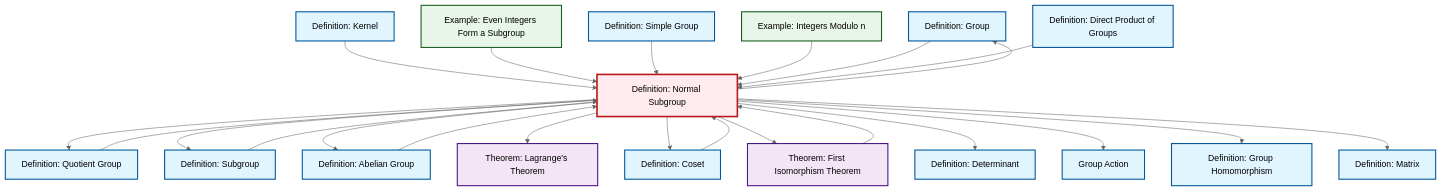
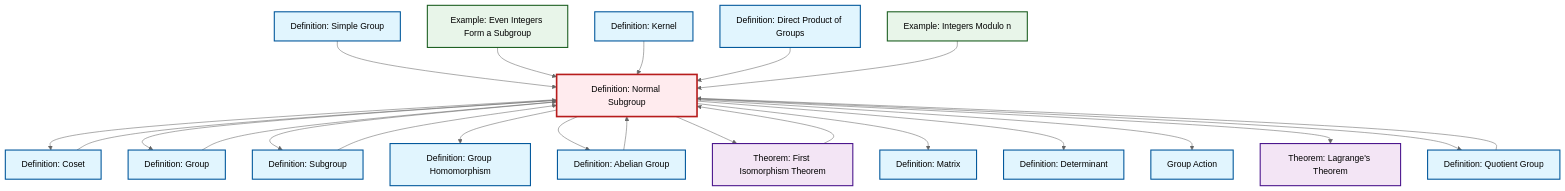
One commit to RK0429/ModernMath changed the diagram in content/en/algebra/def-normal-subgroup.qmd. Above: the diagram before and after it, drawn with Mermaid (neutral theme). The commit also changed other lines of this file and 581 other files, not shown here.

````diff
--- a/content/en/algebra/def-normal-subgroup.qmd
+++ b/content/en/algebra/def-normal-subgroup.qmd
@@ -95,65 +95,65 @@
 ```{mermaid}
 %%| fig-cap: "Local dependency graph"
 graph TD
     classDef definition fill:#e1f5fe,stroke:#01579b,stroke-width:2px
     classDef theorem fill:#f3e5f5,stroke:#4a148c,stroke-width:2px
     classDef axiom fill:#fff3e0,stroke:#e65100,stroke-width:2px
     classDef example fill:#e8f5e9,stroke:#1b5e20,stroke-width:2px
     classDef current fill:#ffebee,stroke:#b71c1c,stroke-width:3px
-    def-homomorphism["Definition: Group Homomorphism"]:::definition
-    def-group["Definition: Group"]:::definition
-    ex-quotient-integers-mod-n["Example: Integers Modulo n"]:::example
-    def-coset["Definition: Coset"]:::definition
-    thm-first-isomorphism["Theorem: First Isomorphism Theorem"]:::theorem
-    thm-lagrange["Theorem: Lagrange's Theorem"]:::theorem
-    def-quotient-group["Definition: Quotient Group"]:::definition
-    def-subgroup["Definition: Subgroup"]:::definition
     def-simple-group["Definition: Simple Group"]:::definition
     def-matrix["Definition: Matrix"]:::definition
+    def-subgroup["Definition: Subgroup"]:::definition
+    ex-quotient-integers-mod-n["Example: Integers Modulo n"]:::example
     def-determinant["Definition: Determinant"]:::definition
+    def-group-action["Group Action"]:::definition
+    def-quotient-group["Definition: Quotient Group"]:::definition
+    thm-lagrange["Theorem: Lagrange's Theorem"]:::theorem
+    def-abelian-group["Definition: Abelian Group"]:::definition
+    def-coset["Definition: Coset"]:::definition
+    def-kernel["Definition: Kernel"]:::definition
+    def-group["Definition: Group"]:::definition
+    thm-first-isomorphism["Theorem: First Isomorphism Theorem"]:::theorem
+    def-homomorphism["Definition: Group Homomorphism"]:::definition
+    ex-even-integers-subgroup["Example: Even Integers Form a Subgroup"]:::example
+    def-normal-subgroup["Definition: Normal Subgroup"]:::definition
     def-direct-product["Definition: Direct Product of Groups"]:::definition
-    ex-even-integers-subgroup["Example: Even Integers Form a Subgroup"]:::example
-    def-abelian-group["Definition: Abelian Group"]:::definition
-    def-kernel["Definition: Kernel"]:::definition
-    def-group-action["Group Action"]:::definition
-    def-normal-subgroup["Definition: Normal Subgroup"]:::definition
-    def-abelian-group --> def-normal-subgroup
+    def-normal-subgroup --> def-coset
+    def-normal-subgroup --> def-group
+    def-normal-subgroup --> def-subgroup
+    def-simple-group --> def-normal-subgroup
+    def-normal-subgroup --> def-homomorphism
+    ex-even-integers-subgroup --> def-normal-subgroup
+    def-kernel --> def-normal-subgroup
+    def-quotient-group --> def-normal-subgroup
+    def-subgroup --> def-normal-subgroup
+    def-normal-subgroup --> def-abelian-group
+    def-coset --> def-normal-subgroup
+    def-normal-subgroup --> thm-first-isomorphism
+    def-direct-product --> def-normal-subgroup
     thm-first-isomorphism --> def-normal-subgroup
-    def-kernel --> def-normal-subgroup
-    ex-even-integers-subgroup --> def-normal-subgroup
-    def-quotient-group --> def-normal-subgroup
-    def-normal-subgroup --> def-group
-    def-subgroup --> def-normal-subgroup
-    def-normal-subgroup --> def-quotient-group
-    def-normal-subgroup --> def-subgroup
-    def-normal-subgroup --> def-abelian-group
-    def-normal-subgroup --> thm-lagrange
-    def-simple-group --> def-normal-subgroup
-    ex-quotient-integers-mod-n --> def-normal-subgroup
     def-group --> def-normal-subgroup
-    def-coset --> def-normal-subgroup
-    def-normal-subgroup --> def-coset
-    def-direct-product --> def-normal-subgroup
-    def-normal-subgroup --> thm-first-isomorphism
+    def-normal-subgroup --> def-matrix
     def-normal-subgroup --> def-determinant
     def-normal-subgroup --> def-group-action
-    def-normal-subgroup --> def-homomorphism
-    def-normal-subgroup --> def-matrix
+    def-normal-subgroup --> thm-lagrange
+    def-abelian-group --> def-normal-subgroup
+    ex-quotient-integers-mod-n --> def-normal-subgroup
+    def-normal-subgroup --> def-quotient-group
     class def-normal-subgroup current
-    click def-homomorphism "def-homomorphism.html" "Go to Group Homomorphism definition"
-    click def-group "def-group.html" "Go to Group definition"
-    click ex-quotient-integers-mod-n "ex-quotient-integers-mod-n.html" "Go to Integers Modulo n example"
-    click def-coset "def-coset.html" "Go to Coset definition"
-    click thm-first-isomorphism "thm-first-isomorphism.html" "Go to First Isomorphism Theorem theorem"
-    click thm-lagrange "thm-lagrange.html" "Go to Lagrange's Theorem theorem"
-    click def-quotient-group "def-quotient-group.html" "Go to Quotient Group definition"
-    click def-subgroup "def-subgroup.html" "Go to Subgroup definition"
     click def-simple-group "def-simple-group.html" "Go to Simple Group definition"
     click def-matrix "def-matrix.html" "Go to Matrix definition"
+    click def-subgroup "def-subgroup.html" "Go to Subgroup definition"
+    click ex-quotient-integers-mod-n "ex-quotient-integers-mod-n.html" "Go to Integers Modulo n example"
     click def-determinant "def-determinant.html" "Go to Determinant definition"
+    click def-group-action "def-group-action.html" "Go to Group Action"
+    click def-quotient-group "def-quotient-group.html" "Go to Quotient Group definition"
+    click thm-lagrange "thm-lagrange.html" "Go to Lagrange's Theorem theorem"
+    click def-abelian-group "def-abelian-group.html" "Go to Abelian Group definition"
+    click def-coset "def-coset.html" "Go to Coset definition"
+    click def-kernel "def-kernel.html" "Go to Kernel definition"
+    click def-group "def-group.html" "Go to Group definition"
+    click thm-first-isomorphism "thm-first-isomorphism.html" "Go to First Isomorphism Theorem theorem"
+    click def-homomorphism "def-homomorphism.html" "Go to Group Homomorphism definition"
+    click ex-even-integers-subgroup "ex-even-integers-subgroup.html" "Go to Even Integers Form a Subgroup example"
     click def-direct-product "def-direct-product.html" "Go to Direct Product of Groups definition"
-    click ex-even-integers-subgroup "ex-even-integers-subgroup.html" "Go to Even Integers Form a Subgroup example"
-    click def-abelian-group "def-abelian-group.html" "Go to Abelian Group definition"
-    click def-kernel "def-kernel.html" "Go to Kernel definition"
-    click def-group-action "def-group-action.html" "Go to Group Action"
 ```
````
